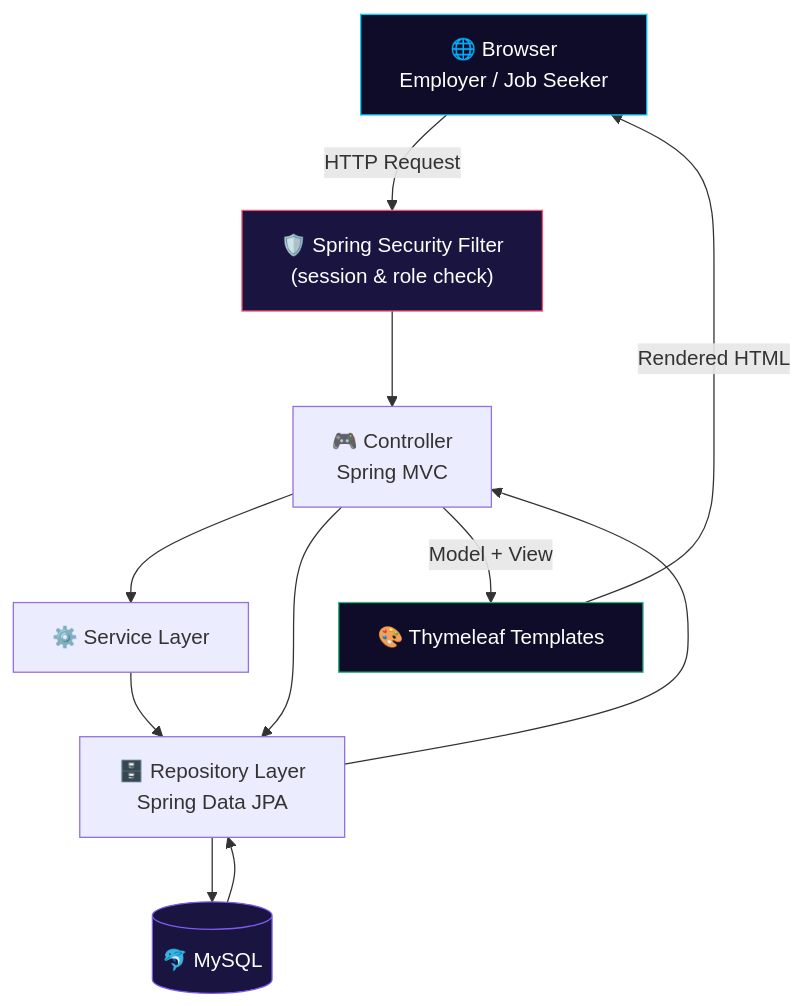
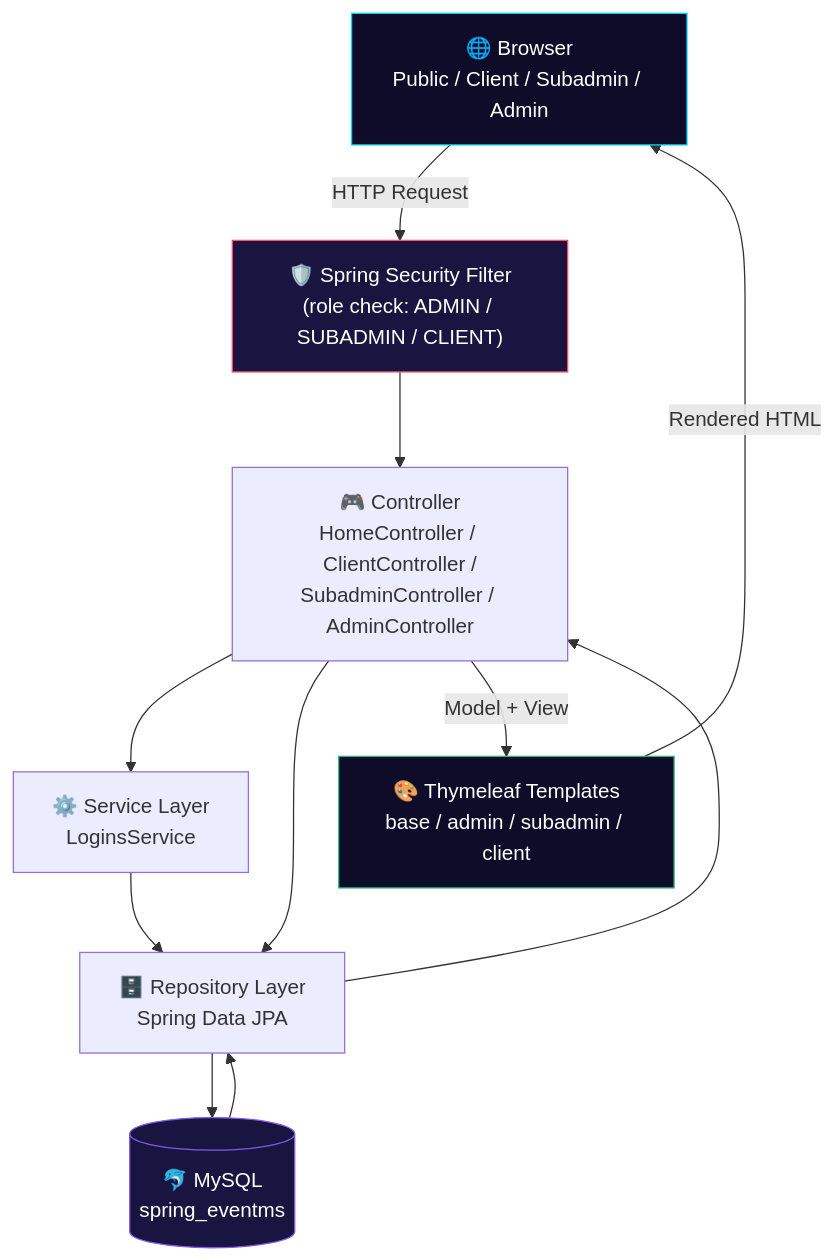
The diagram in README.md (Nesara29/Nesara), drawn with Mermaid before and after one commit. The commit also changed other lines of this file, not shown here.

````diff
--- a/README.md
+++ b/README.md
@@ -108,18 +104,18 @@
 ```mermaid
 flowchart TD
-    A["🌐 Browser<br/>Employer / Job Seeker"] -->|"HTTP Request"| B["🛡️ Spring Security Filter<br/>(session & role check)"]
-    B --> C["🎮 Controller<br/>Spring MVC"]
-    C --> D["⚙️ Service Layer"]
+    A["🌐 Browser<br/>Public / Client / Subadmin / Admin"] -->|"HTTP Request"| B["🛡️ Spring Security Filter<br/>(role check: ADMIN / SUBADMIN / CLIENT)"]
+    B --> C["🎮 Controller<br/>HomeController / ClientController /<br/>SubadminController / AdminController"]
+    C --> D["⚙️ Service Layer<br/>LoginsService"]
     C --> E["🗄️ Repository Layer<br/>Spring Data JPA"]
     D --> E
-    E --> F[("🐬 MySQL")]
+    E --> F[("🐬 MySQL<br/>spring_eventms")]
     F --> E
     E --> C
-    C -->|"Model + View"| G["🎨 Thymeleaf Templates"]
+    C -->|"Model + View"| G["🎨 Thymeleaf Templates<br/>base / admin / subadmin / client"]
     G -->|"Rendered HTML"| A
 
     style A fill:#0f0c29,stroke:#00d4ff,color:#ffffff
     style B fill:#1a1440,stroke:#ff4d6d,color:#ffffff
     style G fill:#0f0c29,stroke:#2cb67d,color:#ffffff
     style F fill:#1a1440,stroke:#7f5af0,color:#ffffff
 ```
````
